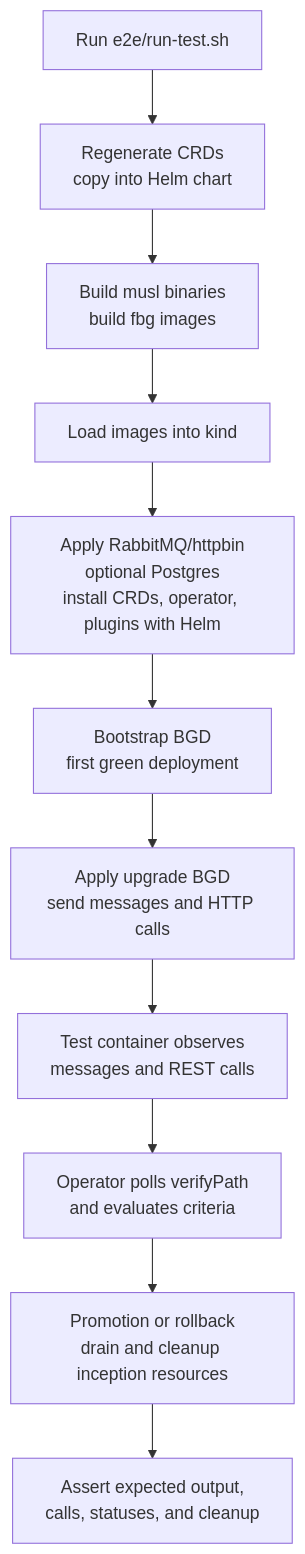
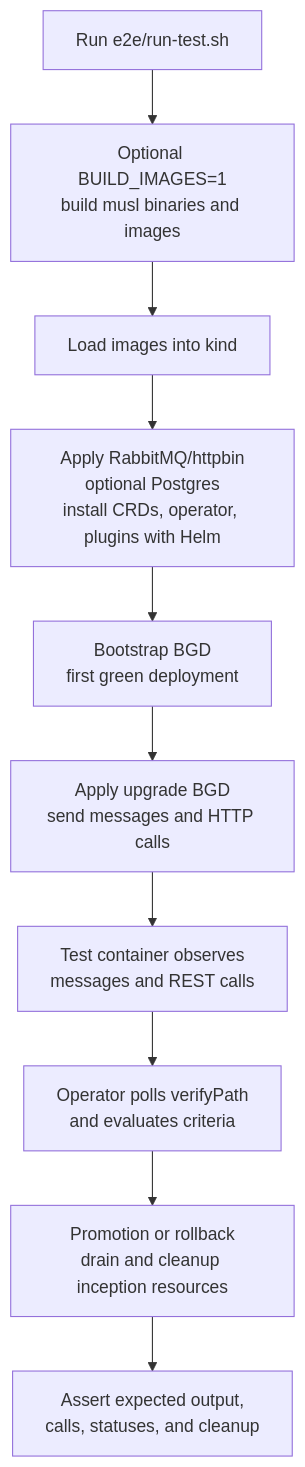
One commit to dlahmad/fluidbgoperator changed the first of 3 diagrams in docs/testing/e2e.md. Above: the diagram before and after it, drawn with Mermaid. The commit also changed other lines of this file and 20 other files, not shown here.

````diff
--- a/docs/testing/e2e.md
+++ b/docs/testing/e2e.md
@@ -19,16 +19,15 @@
 ```mermaid
 flowchart TD
     START["Run e2e/run-test.sh"]
-    CRD["Regenerate CRDs<br/>copy into Helm chart"]
-    IMG["Build musl binaries<br/>build fbg images"]
+    IMG["Optional BUILD_IMAGES=1<br/>build musl binaries and images"]
     LOAD["Load images into kind"]
     INFRA["Apply RabbitMQ/httpbin<br/>optional Postgres<br/>install CRDs, operator, plugins with Helm"]
     BOOT["Bootstrap BGD<br/>first green deployment"]
     PASS["Apply upgrade BGD<br/>send messages and HTTP calls"]
     VERIFY["Test container observes<br/>messages and REST calls"]
     DECIDE["Operator polls verifyPath<br/>and evaluates criteria"]
     CLEAN["Promotion or rollback<br/>drain and cleanup inception resources"]
     CHECK["Assert expected output,<br/>calls, statuses, and cleanup"]
 
-    START --> CRD --> IMG --> LOAD --> INFRA --> BOOT --> PASS --> VERIFY --> DECIDE --> CLEAN --> CHECK
+    START --> IMG --> LOAD --> INFRA --> BOOT --> PASS --> VERIFY --> DECIDE --> CLEAN --> CHECK
 ```
````
